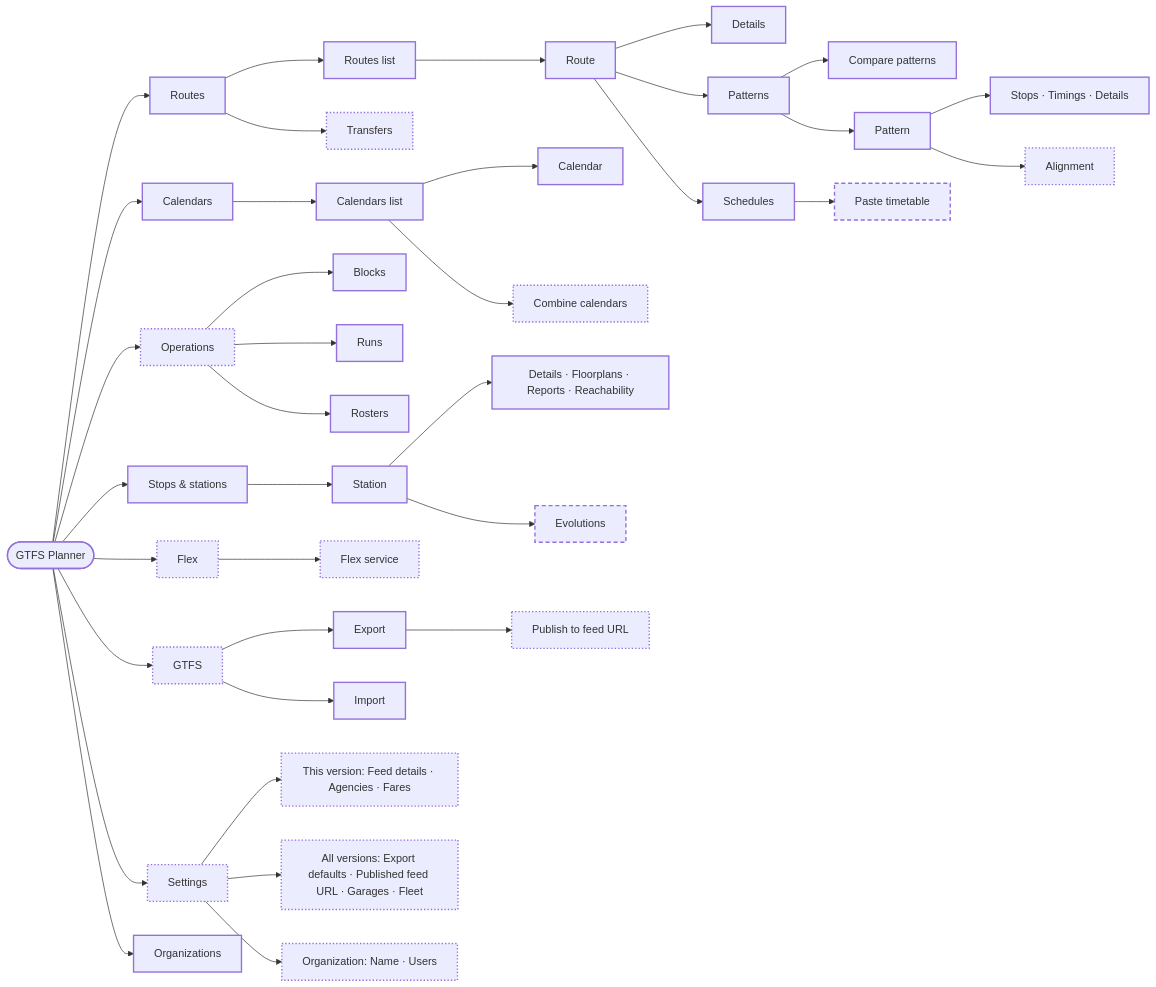
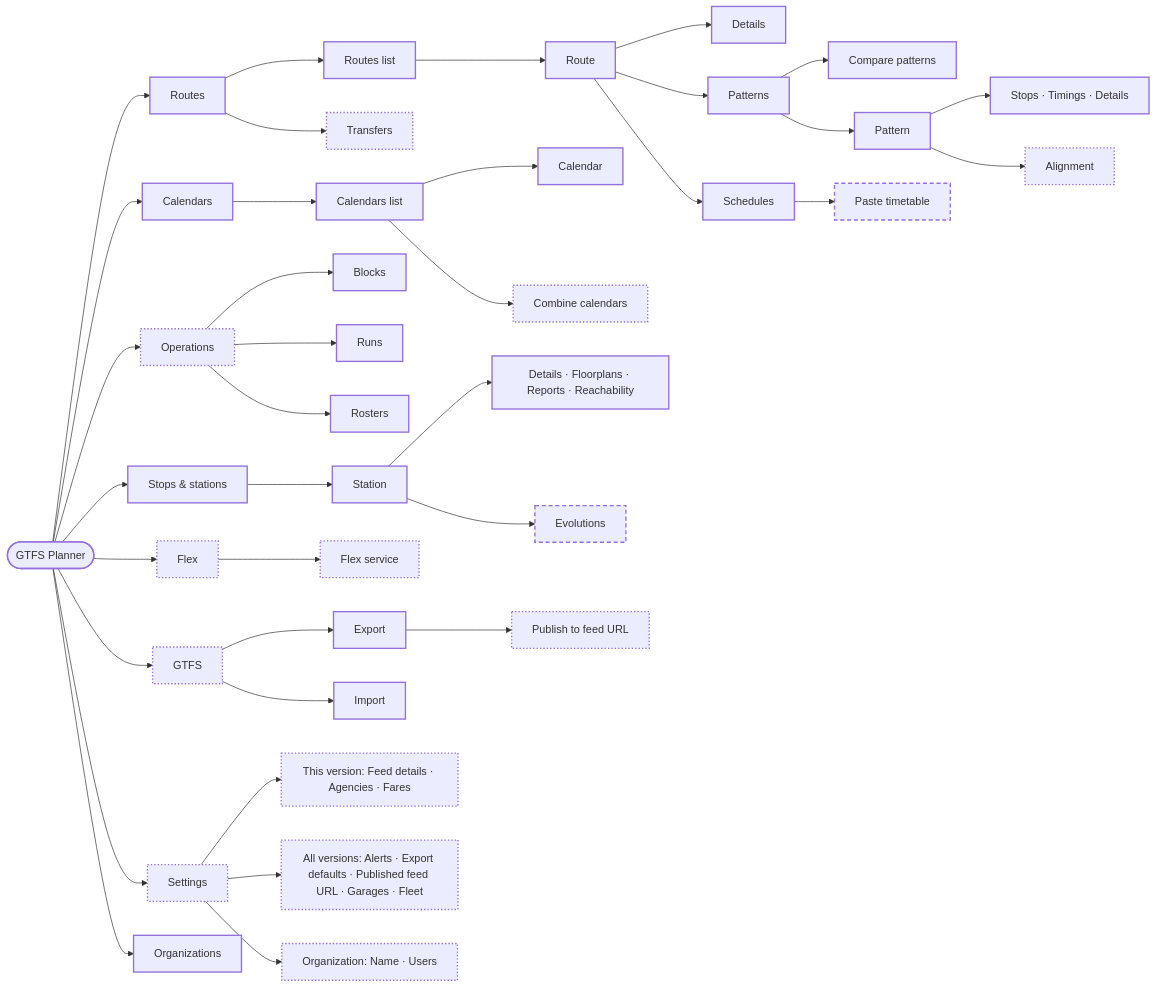
The diagram in docs/information-architecture.md (TransitOPS/gtfs-planner), drawn with Mermaid before and after one commit. The commit also changed other lines of this file and 78 other files, not shown here.

````diff
--- a/docs/information-architecture.md
+++ b/docs/information-architecture.md
@@ -82,57 +83,57 @@
 ```mermaid
 flowchart LR
   classDef live stroke-width:2px;
   classDef planned stroke-dasharray:6 4,stroke-width:2px;
   classDef proposed stroke-dasharray:2 3,stroke-width:2px;
 
   app([GTFS Planner])
 
   app --> routes[Routes]
   routes --> routeList[Routes list]
   routes --> transfers[Transfers]
   routeList --> route[Route]
   route --> rDetails[Details]
   route --> rPatterns[Patterns]
   route --> rSchedules[Schedules]
   rPatterns --> compare[Compare patterns]
   rPatterns --> pattern[Pattern]
   pattern --> pTabs["Stops · Timings · Details"]
   pattern --> pAlign[Alignment]
   rSchedules --> paste[Paste timetable]
 
   app --> cals[Calendars]
   cals --> calList[Calendars list]
   calList --> cal[Calendar]
   calList --> combine[Combine calendars]
 
   app --> ops[Operations]
   ops --> blocks[Blocks]
   ops --> runs[Runs]
   ops --> rosters[Rosters]
 
   app --> stops["Stops & stations"]
   stops --> station[Station]
   station --> sTabs["Details · Floorplans · Reports · Reachability"]
   station --> evol[Evolutions]
 
   app --> flex[Flex]
   flex --> flexSvc[Flex service]
 
   app --> gtfs[GTFS]
   gtfs --> exp[Export]
   gtfs --> imp[Import]
   exp --> publish[Publish to feed URL]
 
   app --> settings[Settings]
   settings --> sVersion["This version: Feed details · Agencies · Fares"]
-  settings --> sAll["All versions: Export defaults · Published feed URL · Garages · Fleet"]
+  settings --> sAll["All versions: Alerts · Export defaults · Published feed URL · Garages · Fleet"]
   settings --> sOrg["Organization: Name · Users"]
 
   app --> orgs[Organizations]
 
   class app,routes,routeList,route,rDetails,rPatterns,pattern,pTabs,cals,calList,cal,stops,station,sTabs,imp,exp,orgs,blocks,runs,rosters live;
   class rSchedules live;
   class compare live;
   class paste,evol planned;
   class transfers,pAlign,combine,ops,flex,flexSvc,gtfs,publish,settings,sVersion,sAll,sOrg proposed;
 ```
````
